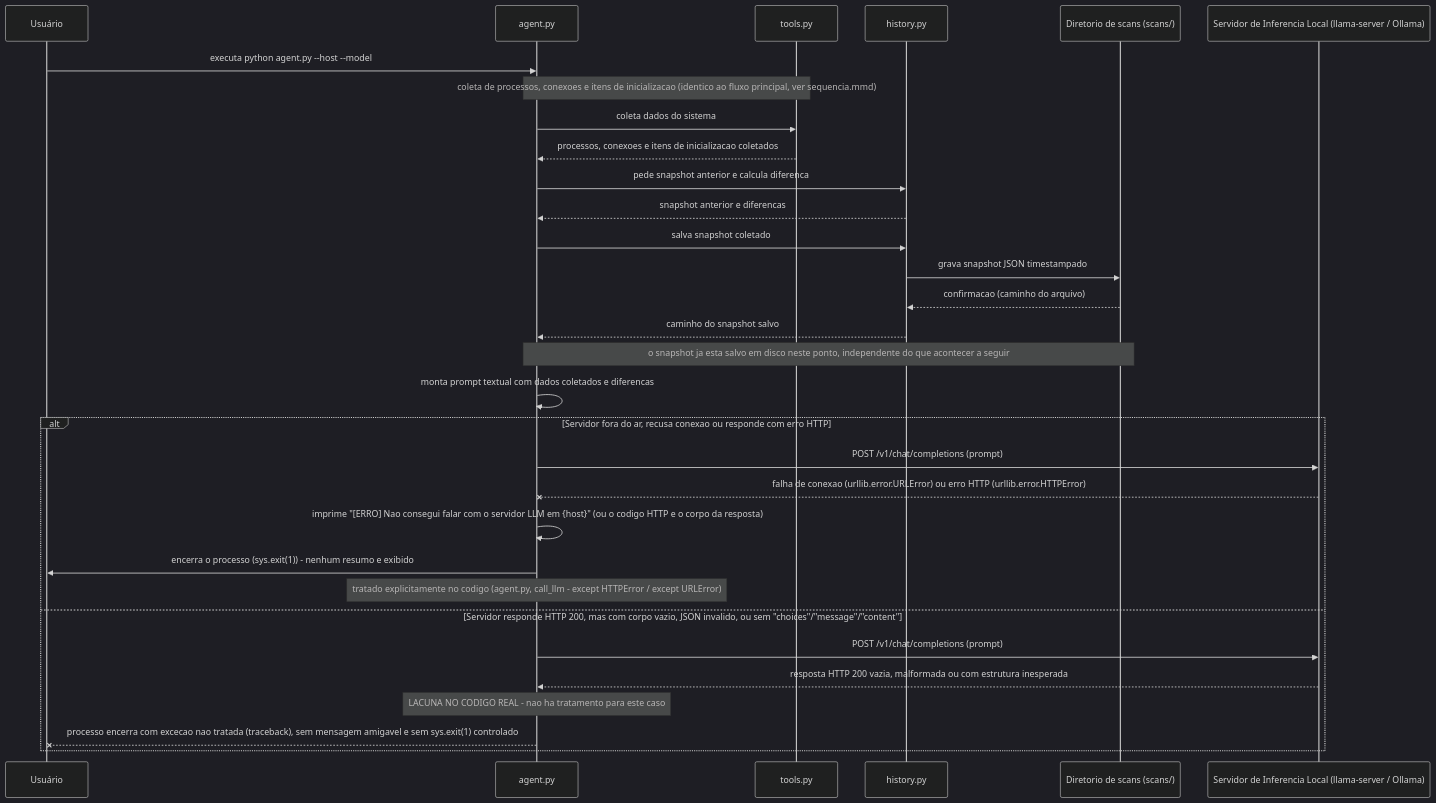
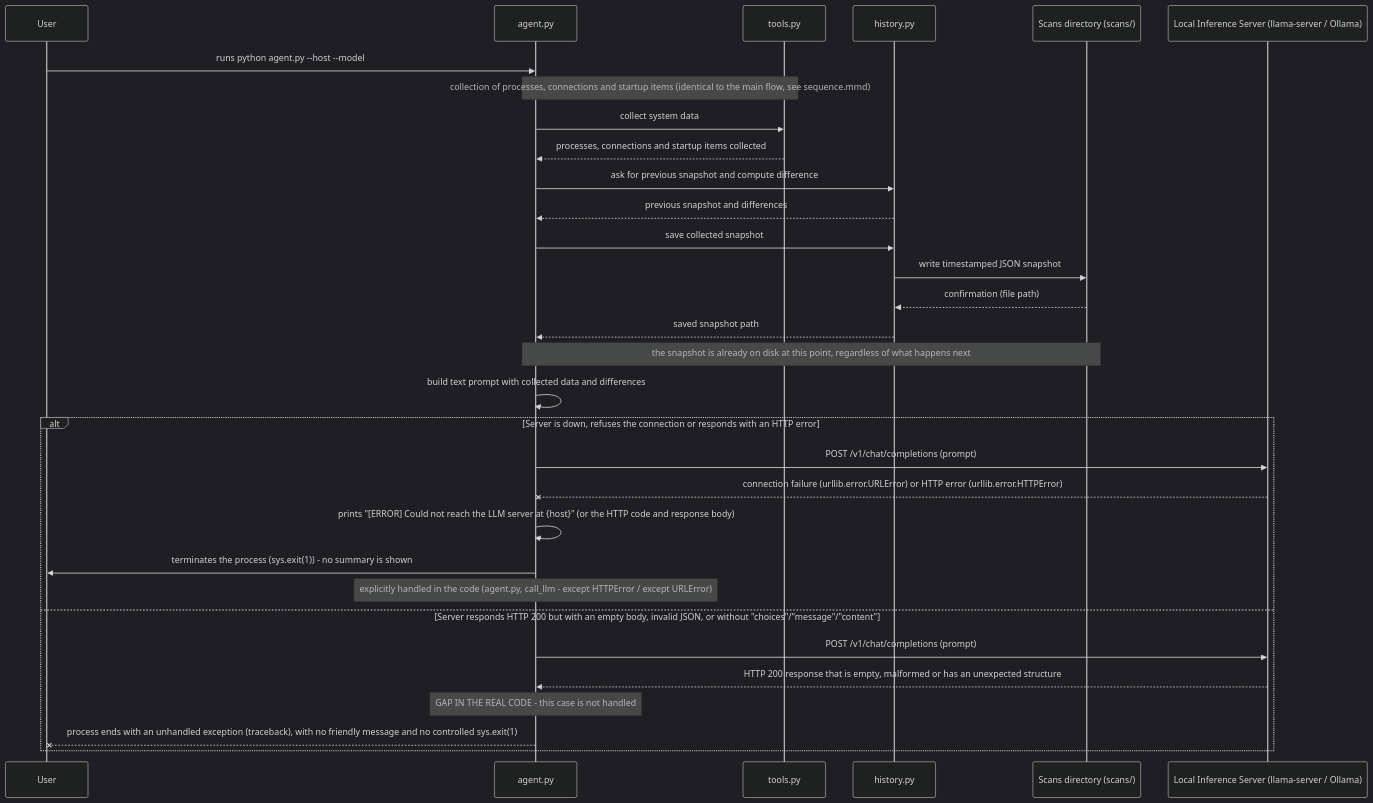
The third of 3 diagrams in README.md (guirodrigues0987/pendrive-agent-docs), drawn with Mermaid (dark theme) before and after one commit. The commit also changed other lines of this file and 22 other files, not shown here.

````diff
--- a/README.md
+++ b/README.md
@@ -139,40 +149,40 @@
 ```mermaid
 sequenceDiagram
-    participant Usuario as Usuário
+    participant User as User
     participant Agent as agent.py
     participant Tools as tools.py
     participant History as history.py
-    participant ScansDir as Diretorio de scans (scans/)
-    participant LLM as Servidor de Inferencia Local (llama-server / Ollama)
+    participant ScansDir as Scans directory (scans/)
+    participant LLM as Local Inference Server (llama-server / Ollama)
 
-    Usuario->>Agent: executa python agent.py --host --model
+    User->>Agent: runs python agent.py --host --model
 
-    Note over Agent,Tools: coleta de processos, conexoes e itens de inicializacao (identico ao fluxo principal, ver sequencia.mmd)
-    Agent->>Tools: coleta dados do sistema
-    Tools-->>Agent: processos, conexoes e itens de inicializacao coletados
+    Note over Agent,Tools: collection of processes, connections and startup items (identical to the main flow, see sequence.mmd)
+    Agent->>Tools: collect system data
+    Tools-->>Agent: processes, connections and startup items collected
 
-    Agent->>History: pede snapshot anterior e calcula diferenca
-    History-->>Agent: snapshot anterior e diferencas
+    Agent->>History: ask for previous snapshot and compute difference
+    History-->>Agent: previous snapshot and differences
 
-    Agent->>History: salva snapshot coletado
-    History->>ScansDir: grava snapshot JSON timestampado
-    ScansDir-->>History: confirmacao (caminho do arquivo)
-    History-->>Agent: caminho do snapshot salvo
+    Agent->>History: save collected snapshot
+    History->>ScansDir: write timestamped JSON snapshot
+    ScansDir-->>History: confirmation (file path)
+    History-->>Agent: saved snapshot path
 
-    Note over Agent,ScansDir: o snapshot ja esta salvo em disco neste ponto, independente do que acontecer a seguir
+    Note over Agent,ScansDir: the snapshot is already on disk at this point, regardless of what happens next
 
-    Agent->>Agent: monta prompt textual com dados coletados e diferencas
+    Agent->>Agent: build text prompt with collected data and differences
 
-    alt Servidor fora do ar, recusa conexao ou responde com erro HTTP
+    alt Server is down, refuses the connection or responds with an HTTP error
         Agent->>LLM: POST /v1/chat/completions (prompt)
-        LLM--xAgent: falha de conexao (urllib.error.URLError) ou erro HTTP (urllib.error.HTTPError)
-        Agent->>Agent: imprime "[ERRO] Nao consegui falar com o servidor LLM em {host}" (ou o codigo HTTP e o corpo da resposta)
-        Agent->>Usuario: encerra o processo (sys.exit(1)) - nenhum resumo e exibido
-        Note over Agent: tratado explicitamente no codigo (agent.py, call_llm - except HTTPError / except URLError)
-    else Servidor responde HTTP 200, mas com corpo vazio, JSON invalido, ou sem "choices"/"message"/"content"
+        LLM--xAgent: connection failure (urllib.error.URLError) or HTTP error (urllib.error.HTTPError)
+        Agent->>Agent: prints "[ERROR] Could not reach the LLM server at {host}" (or the HTTP code and response body)
+        Agent->>User: terminates the process (sys.exit(1)) - no summary is shown
+        Note over Agent: explicitly handled in the code (agent.py, call_llm - except HTTPError / except URLError)
+    else Server responds HTTP 200 but with an empty body, invalid JSON, or without "choices"/"message"/"content"
         Agent->>LLM: POST /v1/chat/completions (prompt)
-        LLM-->>Agent: resposta HTTP 200 vazia, malformada ou com estrutura inesperada
-        Note over Agent: LACUNA NO CODIGO REAL - nao ha tratamento para este caso
-        Agent--xUsuario: processo encerra com excecao nao tratada (traceback), sem mensagem amigavel e sem sys.exit(1) controlado
+        LLM-->>Agent: HTTP 200 response that is empty, malformed or has an unexpected structure
+        Note over Agent: GAP IN THE REAL CODE - this case is not handled
+        Agent--xUser: process ends with an unhandled exception (traceback), with no friendly message and no controlled sys.exit(1)
     end
 ```
````
